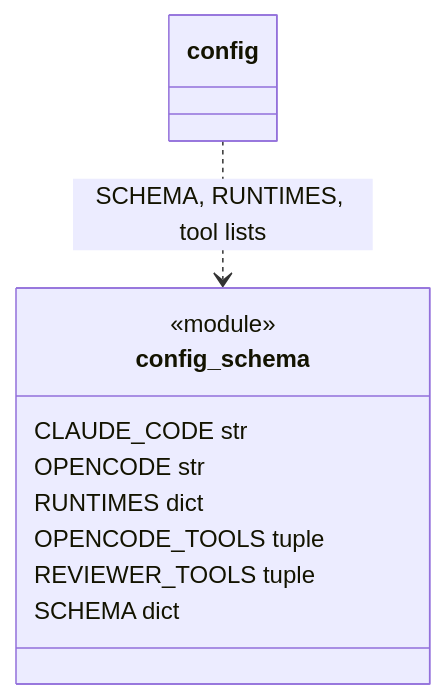
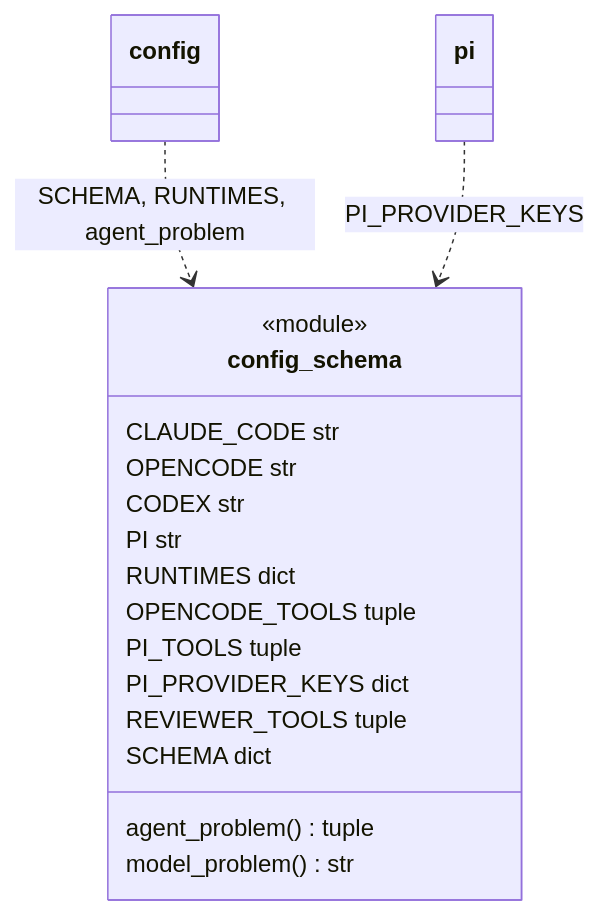
One commit to plaplanche/ariane changed the first of 2 diagrams in docs/architecture/modules/config_schema.md. Above: the diagram before and after it, drawn with Mermaid. The commit also changed other lines of this file and 27 other files, not shown here.

````diff
--- a/docs/architecture/modules/config_schema.md
+++ b/docs/architecture/modules/config_schema.md
@@ -34,14 +39,22 @@
 ```mermaid
 classDiagram
 class config_schema {
   <<module>>
   CLAUDE_CODE str
   OPENCODE str
+  CODEX str
+  PI str
   RUNTIMES dict
   OPENCODE_TOOLS tuple
+  PI_TOOLS tuple
+  PI_PROVIDER_KEYS dict
+  agent_problem() tuple
+  model_problem() str
   REVIEWER_TOOLS tuple
   SCHEMA dict
 }
 class config
-config ..> config_schema : SCHEMA, RUNTIMES, tool lists
+config ..> config_schema : SCHEMA, RUNTIMES, agent_problem
+class pi
+pi ..> config_schema : PI_PROVIDER_KEYS
 ```
````
